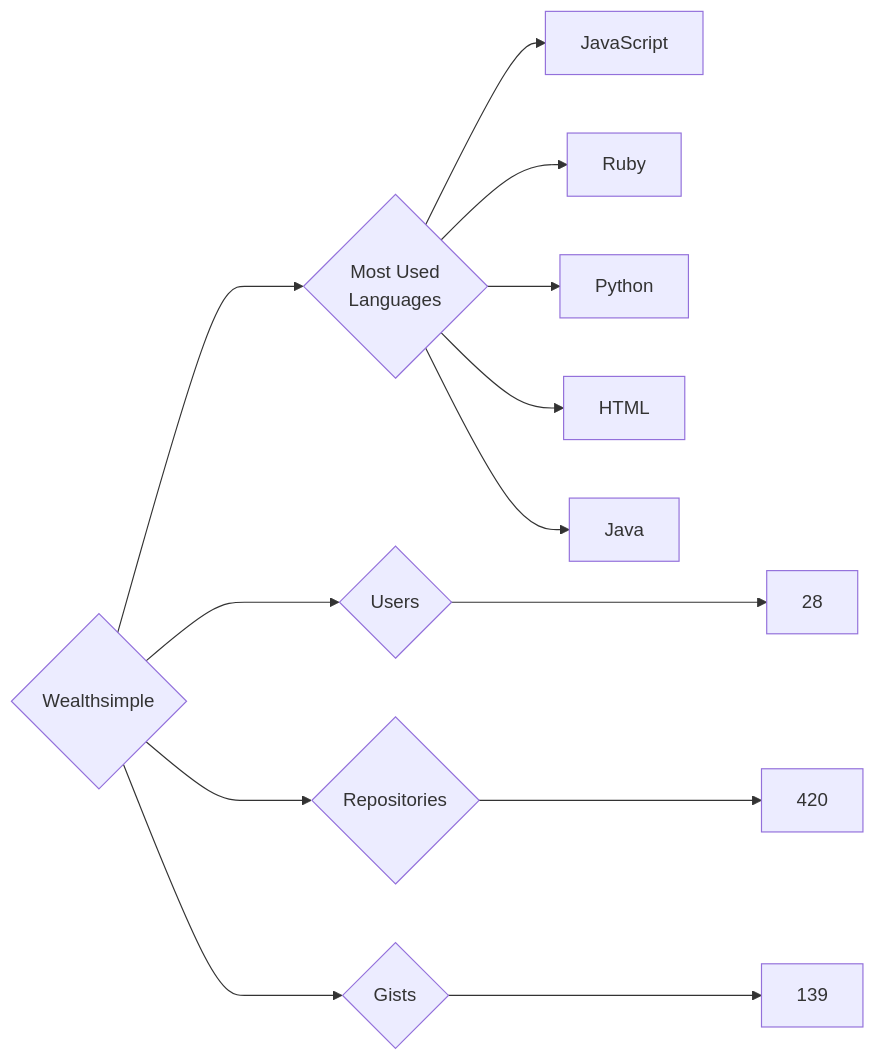
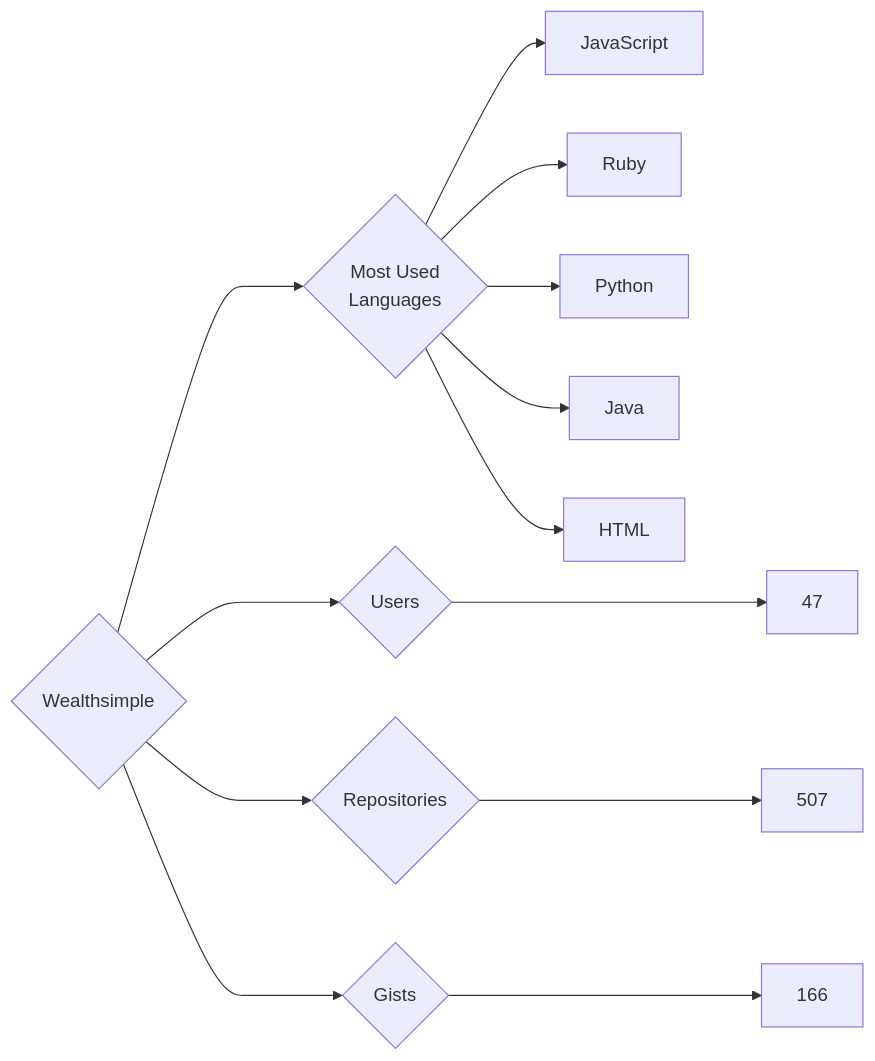
Before and after one commit to trickest/insiders: the diagram in targets/Wealthsimple/README.md, drawn with Mermaid. The commit also changed 895 other files, not shown here.

````diff
--- a/targets/Wealthsimple/README.md
+++ b/targets/Wealthsimple/README.md
@@ -3,13 +3,13 @@
 ```mermaid
 graph LR
 COMPANY_NAME{Wealthsimple}
-COMPANY_NAME ---> U{Users} ---> UN[28]
-COMPANY_NAME ---> R{Repositories} ---> RN[420]
-COMPANY_NAME ---> G{Gists} ---> GN[139]
+COMPANY_NAME ---> U{Users} ---> UN[47]
+COMPANY_NAME ---> R{Repositories} ---> RN[507]
+COMPANY_NAME ---> G{Gists} ---> GN[166]
 COMPANY_NAME ---> ML{Most Used<br>Languages}
 ML --> JavaScript[JavaScript]
 ML --> Ruby[Ruby]
 ML --> Python[Python]
+ML --> Java[Java]
 ML --> HTML[HTML]
-ML --> Java[Java]
 ```
````
